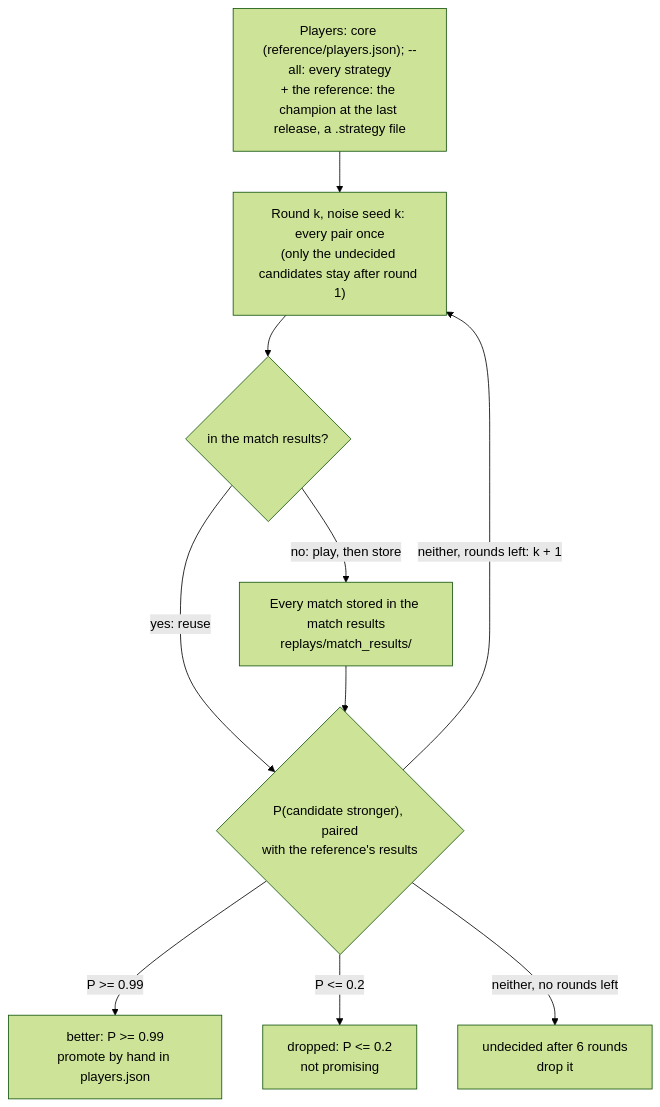
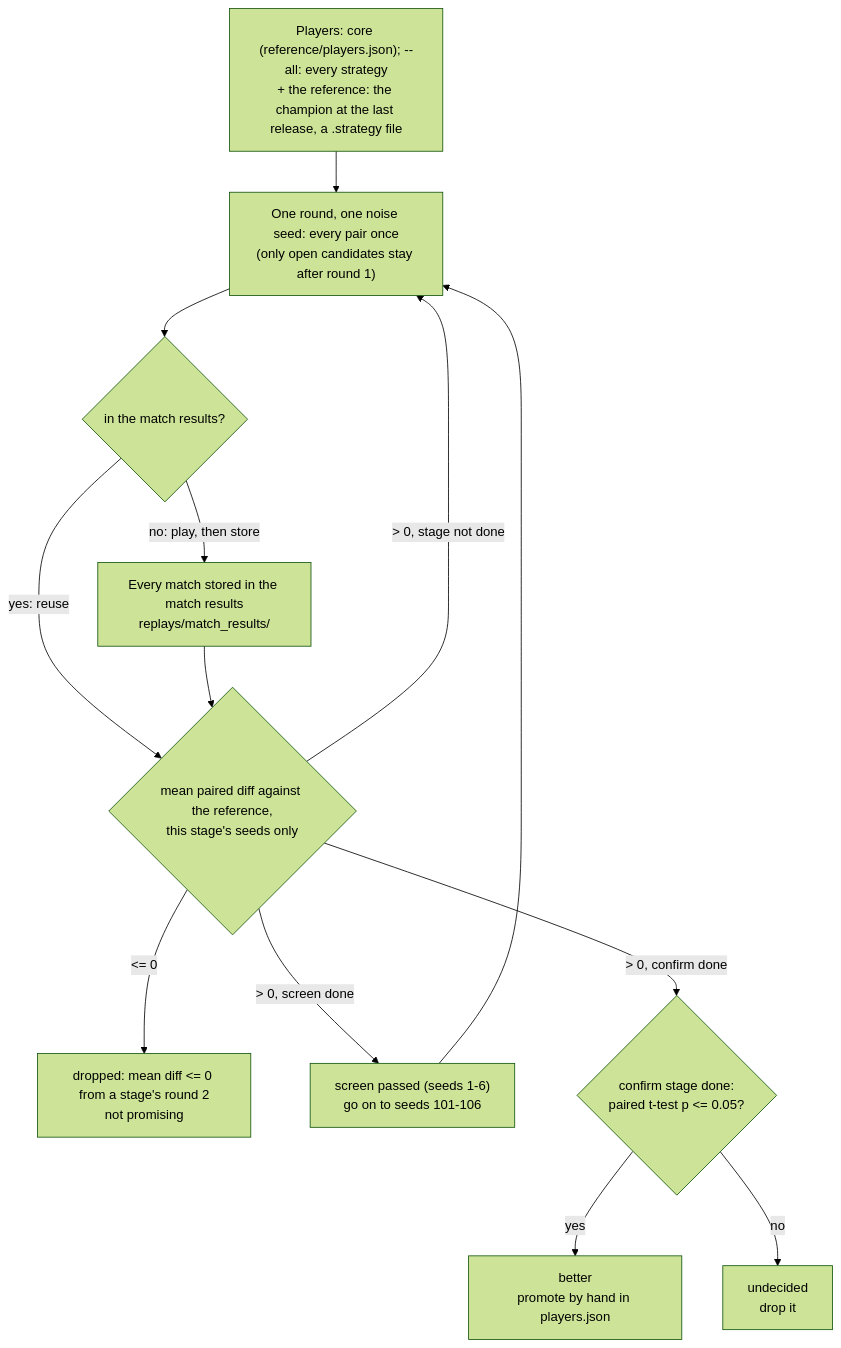
Before and after one commit to First-Order-RoboCup-SSL/Utama-Core: the fourth of 5 diagrams in docs/STRATEGY_DEVELOPMENT.md, drawn with Mermaid (forest theme). The commit also changed other lines of this file and 12 other files, not shown here.

First line of the commit message:
evaluate.py: screen on seeds 1-6, accept only on fresh seeds (paired t-test)

````diff
--- a/docs/STRATEGY_DEVELOPMENT.md
+++ b/docs/STRATEGY_DEVELOPMENT.md
@@ -267,18 +267,22 @@
 ```mermaid
 flowchart TD
     p["Players: core (reference/players.json); --all: every strategy<br/>+ the reference: the champion at the last release, a .strategy file"]
-    r1["Round k, noise seed k: every pair once<br/>(only the undecided candidates stay after round 1)"]
+    r1["One round, one noise seed: every pair once<br/>(only open candidates stay after round 1)"]
     st0{"in the match results?"}
     st["Every match stored in the match results<br/>replays/match_results/"]
-    d{"P(candidate stronger), paired<br/>with the reference's results"}
-    b["better: P >= 0.99<br/>promote by hand in players.json"]
-    w["dropped: P <= 0.2<br/>not promising"]
-    u["undecided after 6 rounds<br/>drop it"]
+    d{"mean paired diff against the reference,<br/>this stage's seeds only"}
+    w["dropped: mean diff <= 0 from a stage's round 2<br/>not promising"]
+    c["screen passed (seeds 1-6)<br/>go on to seeds 101-106"]
+    t{"confirm stage done:<br/>paired t-test p <= 0.05?"}
+    b["better<br/>promote by hand in players.json"]
+    u["undecided<br/>drop it"]
     p --> r1 --> st0
     st0 -- "yes: reuse" --> d
     st0 -- "no: play, then store" --> st --> d
-    d -- "P >= 0.99" --> b
-    d -- "P <= 0.2" --> w
-    d -- "neither, rounds left: k + 1" --> r1
-    d -- "neither, no rounds left" --> u
+    d -- "<= 0" --> w
+    d -- "> 0, stage not done" --> r1
+    d -- "> 0, screen done" --> c --> r1
+    d -- "> 0, confirm done" --> t
+    t -- yes --> b
+    t -- no --> u
 ```
````
